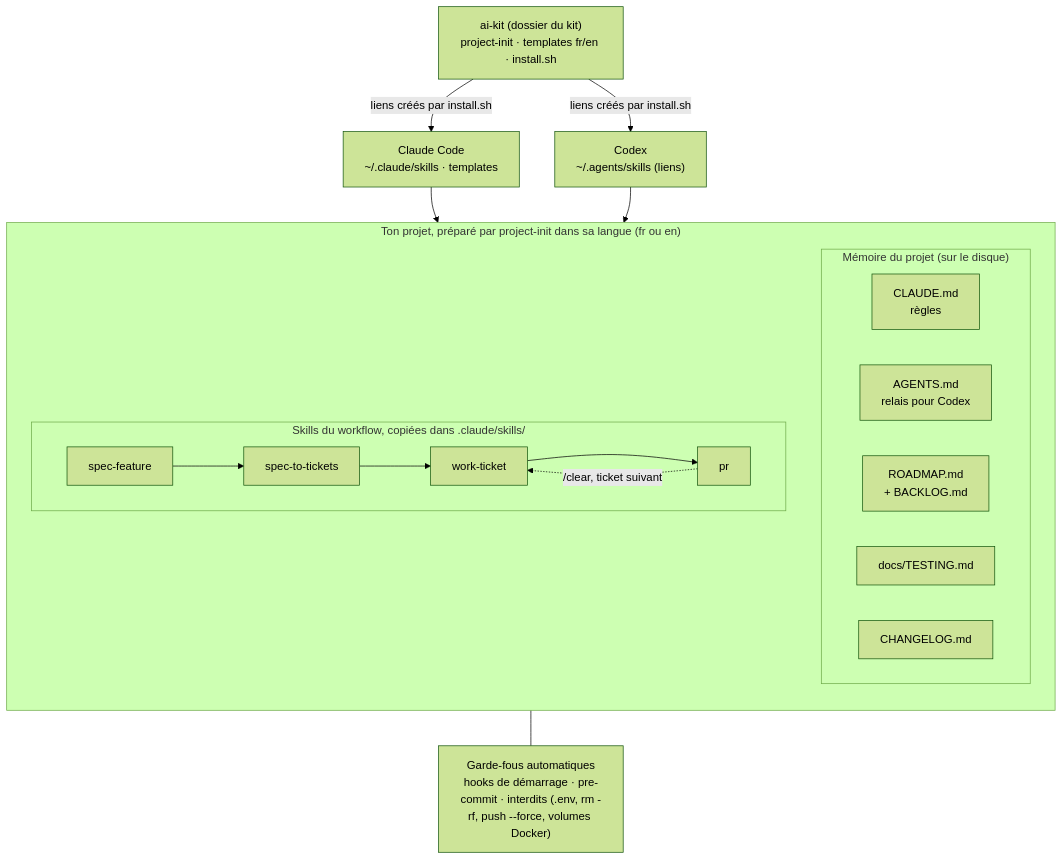
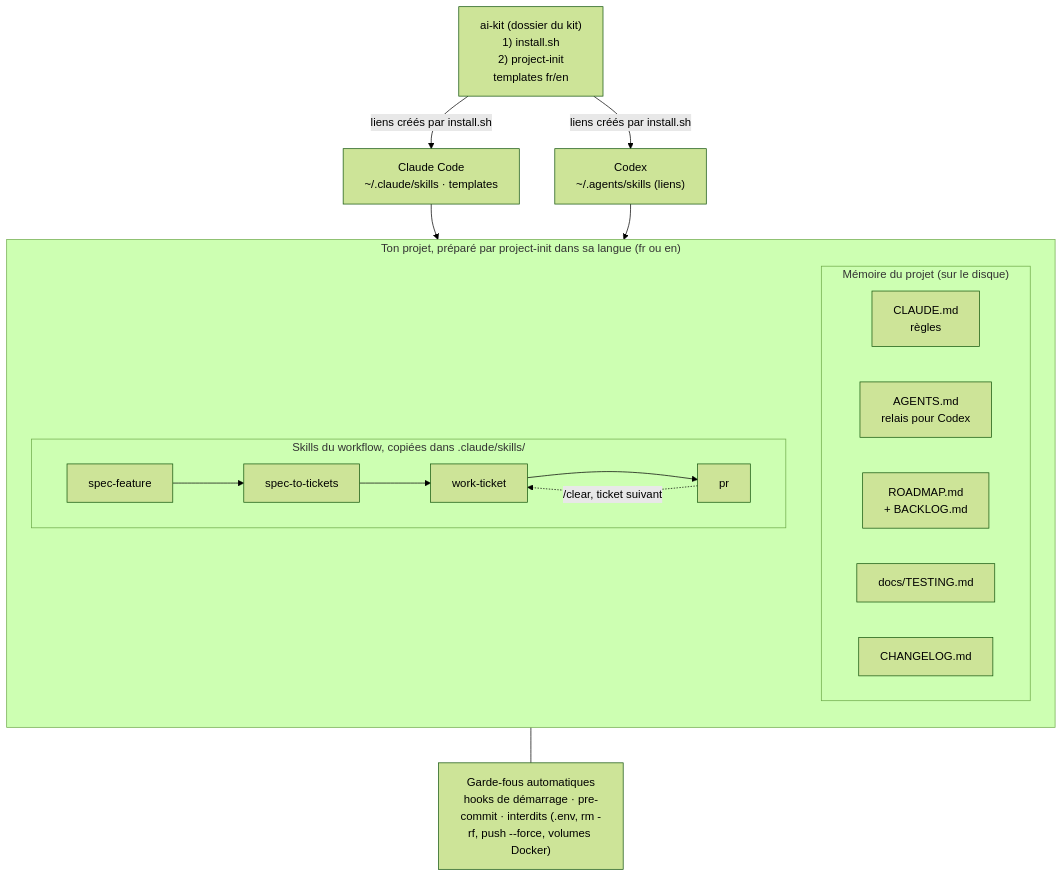
Before and after one commit to drisshaou/ai-kit: the first of 2 diagrams in GUIDE.fr.md, drawn with Mermaid (forest theme). The commit also changed 1 other file, not shown here.

Commit message:
docs(guide): list the kit box items in order of use
install.sh first, then project-init; templates are unnumbered since
project-init uses them (en/fr).

Claude-Session: https://claude.ai/code/session_01XjNBi9s3hZLUgGkcWbZ6f5

````diff
--- a/GUIDE.fr.md
+++ b/GUIDE.fr.md
@@ -10,30 +10,30 @@
 ```mermaid
 flowchart TD
-    KIT["ai-kit (dossier du kit)<br/>project-init · templates fr/en · install.sh"]
+    KIT["ai-kit (dossier du kit)<br/>1) install.sh<br/>2) project-init<br/>templates fr/en"]
     CLAUDE["Claude Code<br/>~/.claude/skills · templates"]
     CODEX["Codex<br/>~/.agents/skills (liens)"]
     KIT -->|liens créés par install.sh| CLAUDE
     KIT -->|liens créés par install.sh| CODEX
 
     subgraph PROJET["Ton projet, préparé par project-init dans sa langue (fr ou en)"]
         direction TB
         subgraph FICHIERS["Mémoire du projet (sur le disque)"]
             direction LR
             F1["CLAUDE.md<br/>règles"]
             F2["AGENTS.md<br/>relais pour Codex"]
             F3["ROADMAP.md<br/>+ BACKLOG.md"]
             F4["docs/TESTING.md"]
             F5["CHANGELOG.md"]
         end
         subgraph FLUX["Skills du workflow, copiées dans .claude/skills/"]
             direction LR
             S1["spec-feature"] --> S2["spec-to-tickets"] --> S3["work-ticket"] --> S4["pr"]
             S4 -.->|"/clear, ticket suivant"| S3
         end
     end
 
     CLAUDE --> PROJET
     CODEX --> PROJET
     GARDE["Garde-fous automatiques<br/>hooks de démarrage · pre-commit · interdits (.env, rm -rf, push --force, volumes Docker)"]
     PROJET --- GARDE
 ```
````
